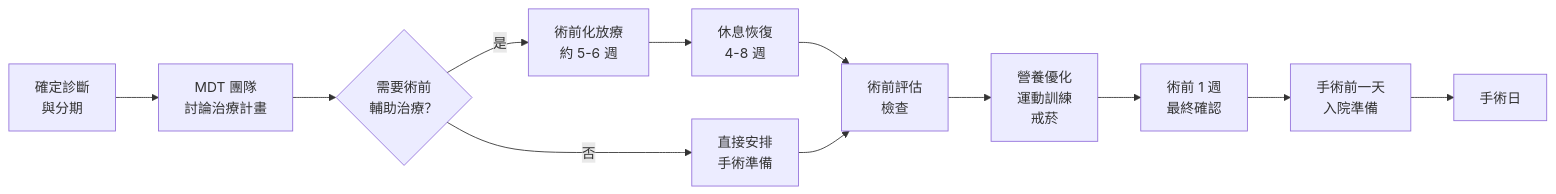
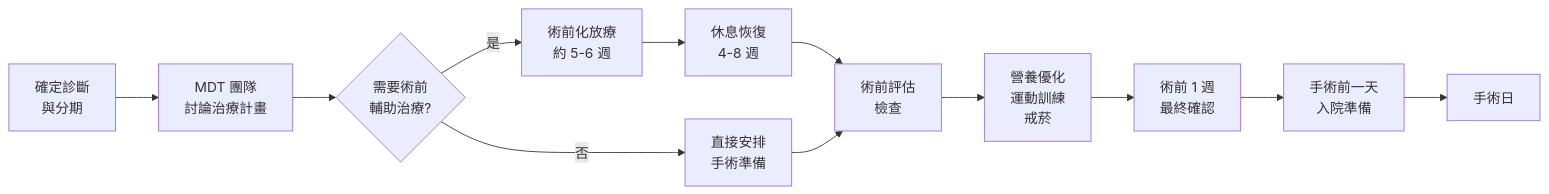
The diagram in 食道癌微創手術/一般版/03_術前準備.md (dontchangela-bit/esophageal-education), drawn with Mermaid before and after one commit. The commit also changed 59 other files, not shown here.

First line of the commit message:
Fix Mermaid v11.13 syntax errors across all esophageal files

````diff
--- a/食道癌微創手術/一般版/03_術前準備.md
+++ b/食道癌微創手術/一般版/03_術前準備.md
@@ -164,14 +164,14 @@
 ```mermaid
 flowchart LR
-    A[確定診斷<br>與分期] --> B[MDT 團隊<br>討論治療計畫]
-    B --> C{需要術前<br>輔助治療？}
-    C -->|是| D[術前化放療<br>約 5-6 週]
-    C -->|否| E[直接安排<br>手術準備]
-    D --> F[休息恢復<br>4-8 週]
-    F --> G[術前評估<br>檢查]
+    A[確定診斷<br/>與分期] --> B[MDT 團隊<br/>討論治療計畫]
+    B --> C{需要術前<br/>輔助治療?}
+    C -->|是| D[術前化放療<br/>約 5-6 週]
+    C -->|否| E[直接安排<br/>手術準備]
+    D --> F[休息恢復<br/>4-8 週]
+    F --> G[術前評估<br/>檢查]
     E --> G
-    G --> H[營養優化<br>運動訓練<br>戒菸]
-    H --> I[術前 1 週<br>最終確認]
-    I --> J[手術前一天<br>入院準備]
+    G --> H[營養優化<br/>運動訓練<br/>戒菸]
+    H --> I[術前 1 週<br/>最終確認]
+    I --> J[手術前一天<br/>入院準備]
     J --> K[手術日]
 ```
````
